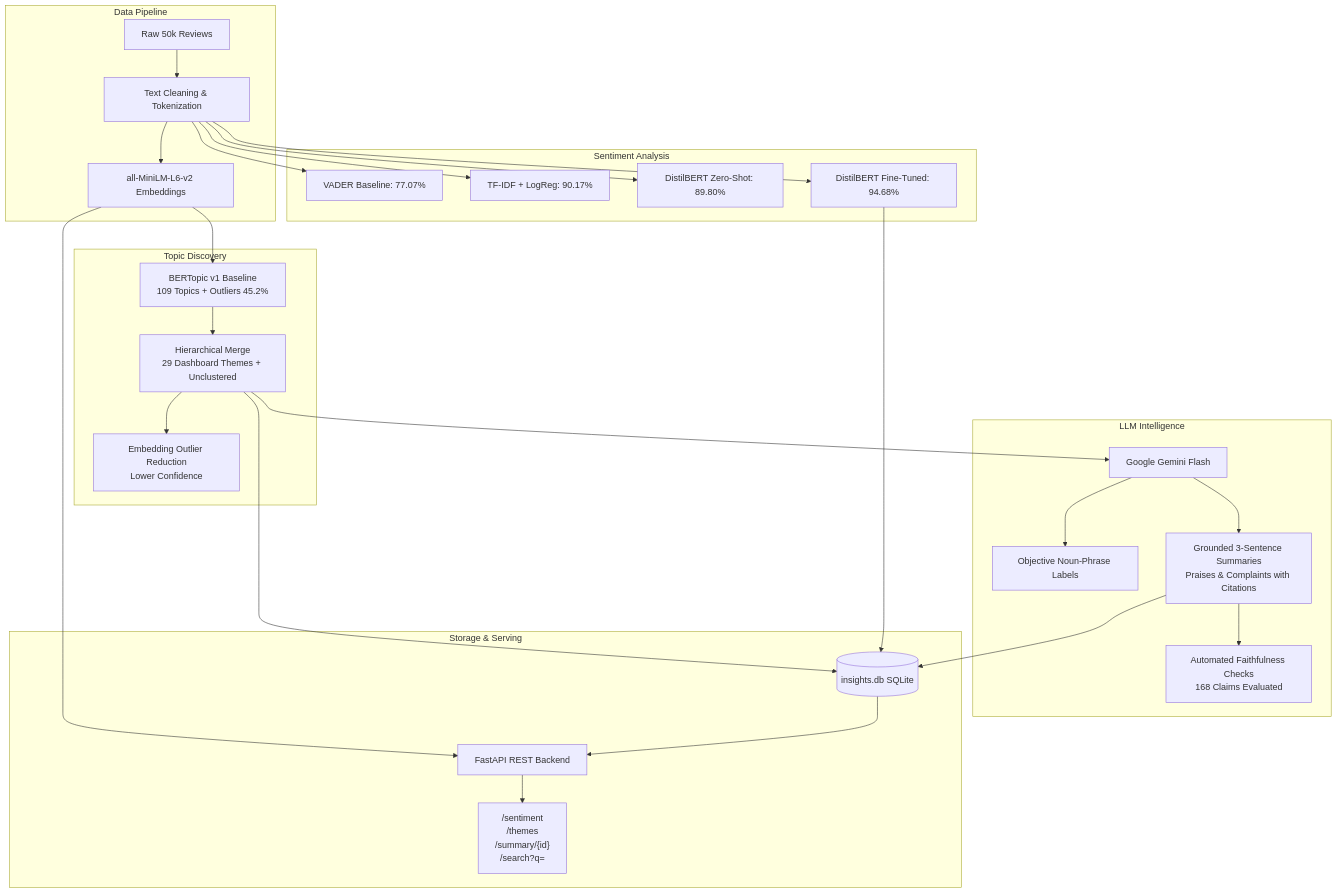
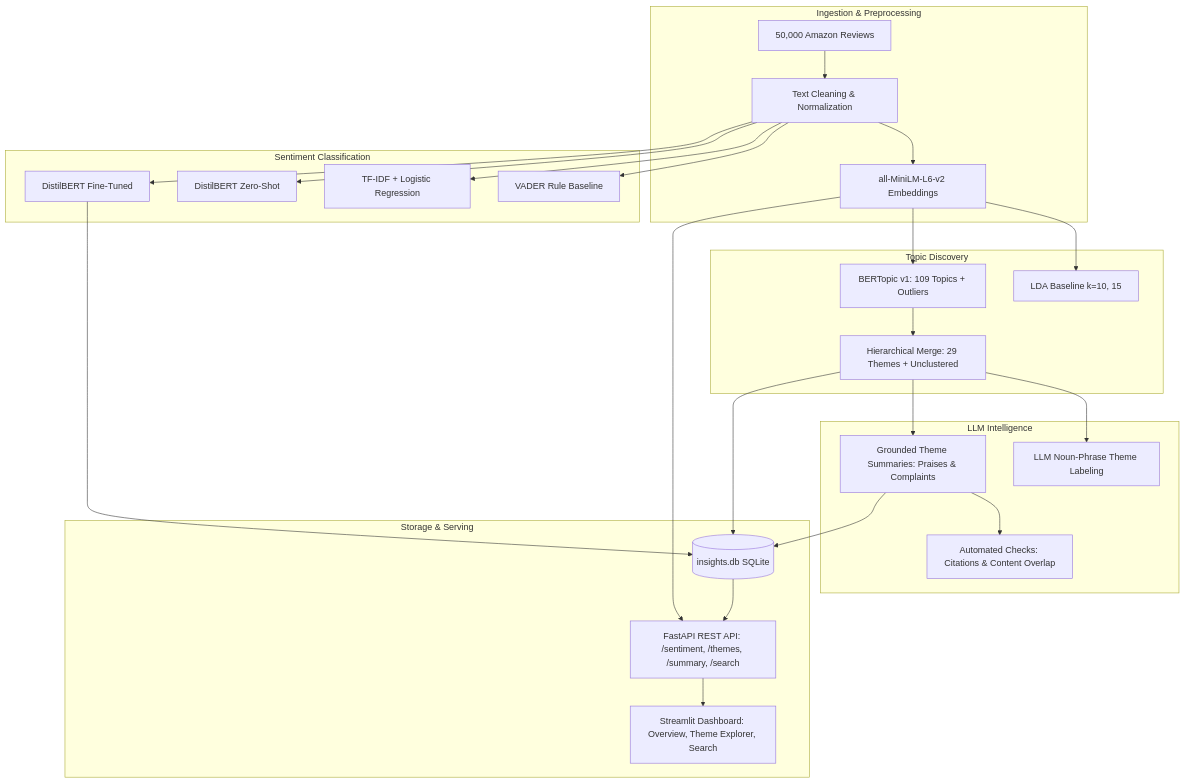
One commit to Hecker-12/Nexus---Review_Insights changed the diagram in README.md. Above: the diagram before and after it, drawn with Mermaid. The commit also changed other lines of this file and 8 other files, not shown here.

````diff
--- a/README.md
+++ b/README.md
@@ -15,33 +9,32 @@
 ```mermaid
 flowchart TD
-    subgraph Data Pipeline
-        RAW[Raw 50k Reviews] --> CLEAN[Text Cleaning & Tokenization]
+    subgraph Ingestion & Preprocessing
+        RAW[50,000 Amazon Reviews] --> CLEAN[Text Cleaning & Normalization]
         CLEAN --> EMB[all-MiniLM-L6-v2 Embeddings]
     end
 
-    subgraph Sentiment Analysis
-        CLEAN --> VADER[VADER Baseline: 77.07%]
-        CLEAN --> TFIDF[TF-IDF + LogReg: 90.17%]
-        CLEAN --> BERT_ZS[DistilBERT Zero-Shot: 89.80%]
-        CLEAN --> BERT_FT[DistilBERT Fine-Tuned: 94.68%]
+    subgraph Sentiment Classification
+        CLEAN --> VADER[VADER Rule Baseline]
+        CLEAN --> TFIDF[TF-IDF + Logistic Regression]
+        CLEAN --> BERT_ZS[DistilBERT Zero-Shot]
+        CLEAN --> BERT_FT[DistilBERT Fine-Tuned]
     end
 
     subgraph Topic Discovery
-        EMB --> BERTopic_v1[BERTopic v1 Baseline\n109 Topics + Outliers 45.2%]
-        BERTopic_v1 --> MERGED[Hierarchical Merge\n29 Dashboard Themes + Unclustered]
-        MERGED --> REDUCED[Embedding Outlier Reduction\nLower Confidence]
+        EMB --> LDA[LDA Baseline k=10, 15]
+        EMB --> BERTopic_v1[BERTopic v1: 109 Topics + Outliers]
+        BERTopic_v1 --> MERGED[Hierarchical Merge: 29 Themes + Unclustered]
     end
 
     subgraph LLM Intelligence
-        MERGED --> GEMINI[Google Gemini Flash]
-        GEMINI --> LABELS[Objective Noun-Phrase Labels]
-        GEMINI --> SUMMARIES[Grounded 3-Sentence Summaries\nPraises & Complaints with Citations]
-        SUMMARIES --> FAITHFUL[Automated Faithfulness Checks\n168 Claims Evaluated]
+        MERGED --> LLM_LABEL[LLM Noun-Phrase Theme Labeling]
+        MERGED --> LLM_SUM[Grounded Theme Summaries: Praises & Complaints]
+        LLM_SUM --> AUTO_CHECK[Automated Checks: Citations & Content Overlap]
     end
 
     subgraph Storage & Serving
-        MERGED & BERT_FT & SUMMARIES --> SQLITE[(insights.db SQLite)]
-        EMB & SQLITE --> FASTAPI[FastAPI REST Backend]
-        FASTAPI --> ENDPOINTS["/sentiment\n/themes\n/summary/{id}\n/search?q="]
+        MERGED & BERT_FT & LLM_SUM --> SQLITE[(insights.db SQLite)]
+        EMB & SQLITE --> FASTAPI[FastAPI REST API: /sentiment, /themes, /summary, /search]
+        FASTAPI --> STREAMLIT[Streamlit Dashboard: Overview, Theme Explorer, Search]
     end
 ```
````
